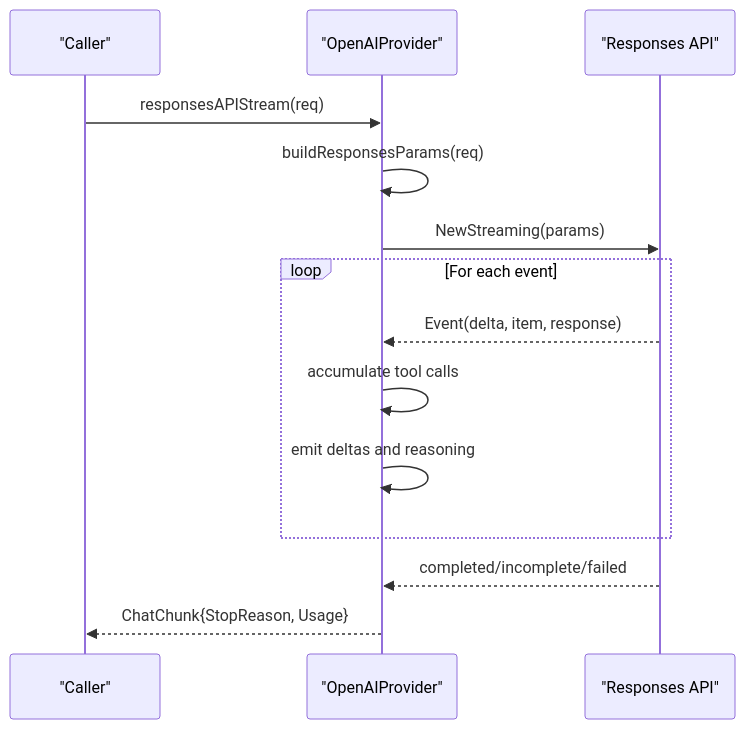
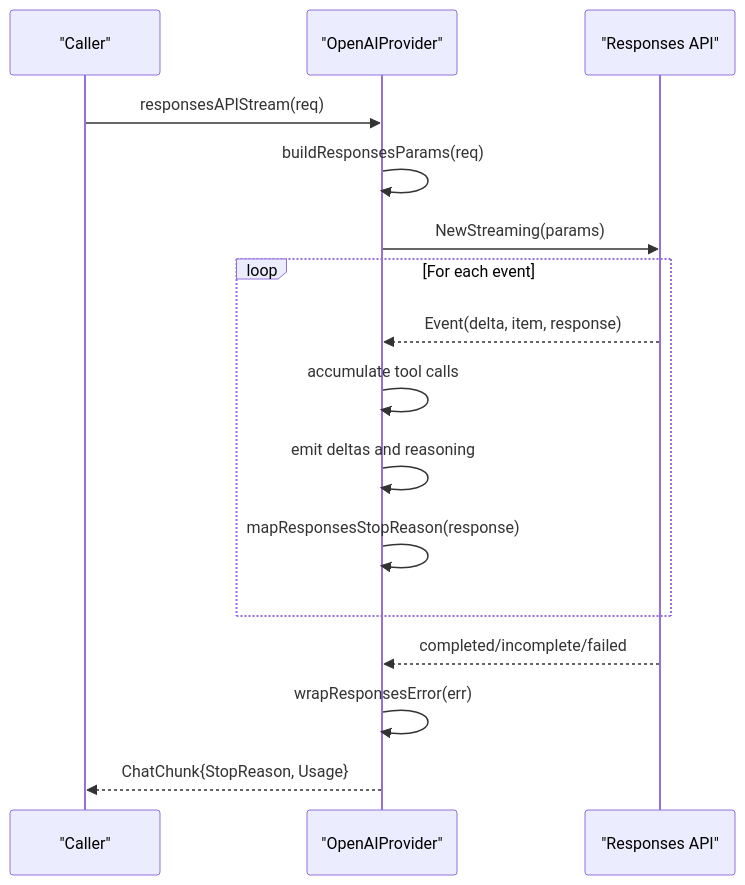
One commit to v0lka/c0wrk changed the fourth of 7 diagrams in .qoder/repowiki/en/content/LLM Provider Integration/OpenAI Provider Implementation.md. Above: the diagram before and after it, drawn with Mermaid. The commit also changed other lines of this file and 8 other files, not shown here.

````diff
--- a/.qoder/repowiki/en/content/LLM Provider Integration/OpenAI Provider Implementation.md
+++ b/.qoder/repowiki/en/content/LLM Provider Integration/OpenAI Provider Implementation.md
@@ -177,16 +206,18 @@
 ```mermaid
 sequenceDiagram
 participant App as "Caller"
 participant Prov as "OpenAIProvider"
 participant Resp as "Responses API"
 App->>Prov : responsesAPIStream(req)
 Prov->>Prov : buildResponsesParams(req)
 Prov->>Resp : NewStreaming(params)
 loop For each event
 Resp-->>Prov : Event(delta, item, response)
 Prov->>Prov : accumulate tool calls
 Prov->>Prov : emit deltas and reasoning
+Prov->>Prov : mapResponsesStopReason(response)
 end
 Resp-->>Prov : completed/incomplete/failed
+Prov->>Prov : wrapResponsesError(err)
 Prov-->>App : ChatChunk{StopReason, Usage}
 ```
````
